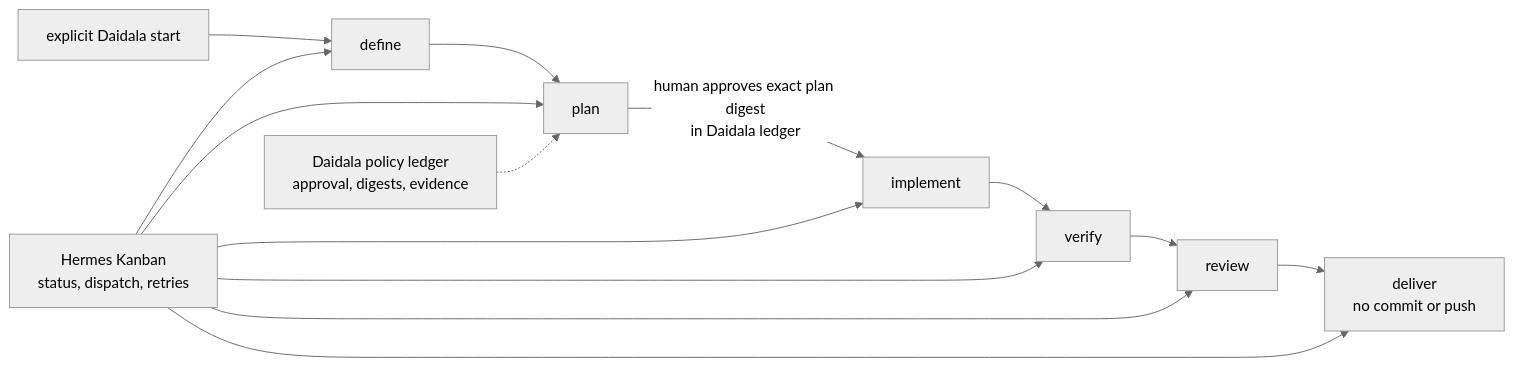
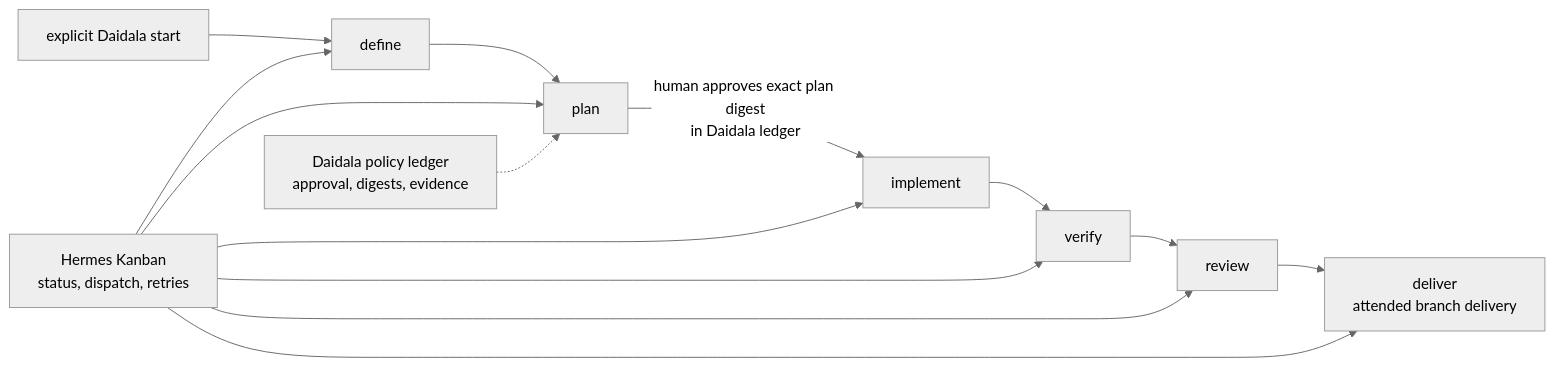
Before and after one commit to forgegod/daidala: the diagram in README.md, drawn with Mermaid (neutral theme). The commit also changed other lines of this file and 49 other files, not shown here.

Commit message:
feat(delivery): add reviewed GitHub branch delivery

````diff
--- a/README.md
+++ b/README.md
@@ -64,17 +64,17 @@
 ```mermaid
 flowchart LR
     S["explicit Daidala start"] --> D["define"]
     D --> P["plan"]
     P -->|"human approves exact plan digest<br>in Daidala ledger"| I["implement"]
     I --> V["verify"]
     V --> R["review"]
-    R --> DL["deliver<br>no commit or push"]
+    R --> DL["deliver<br>attended branch delivery"]
 
     H["Hermes Kanban<br>status, dispatch, retries"] --> D
     H --> P
     H --> I
     H --> V
     H --> R
     H --> DL
     W["Daidala policy ledger<br>approval, digests, evidence"] -.-> P
 ```
````
